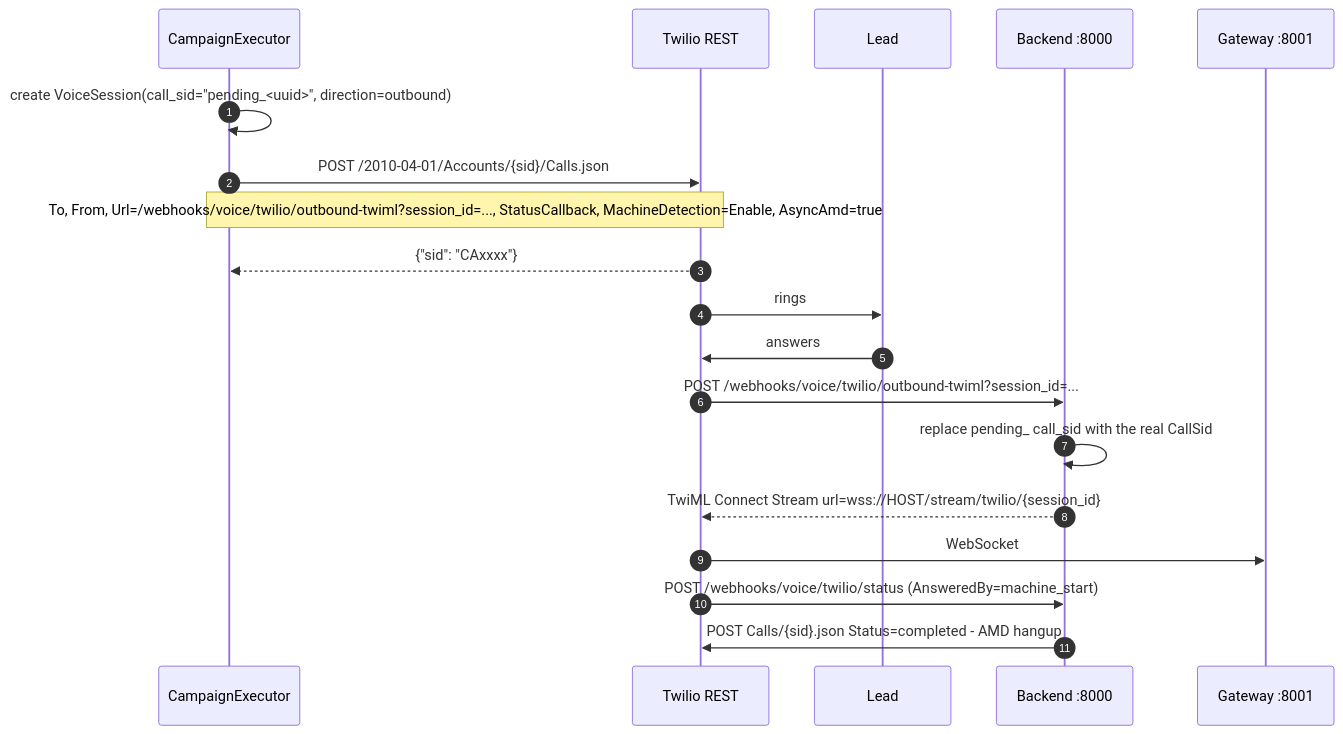
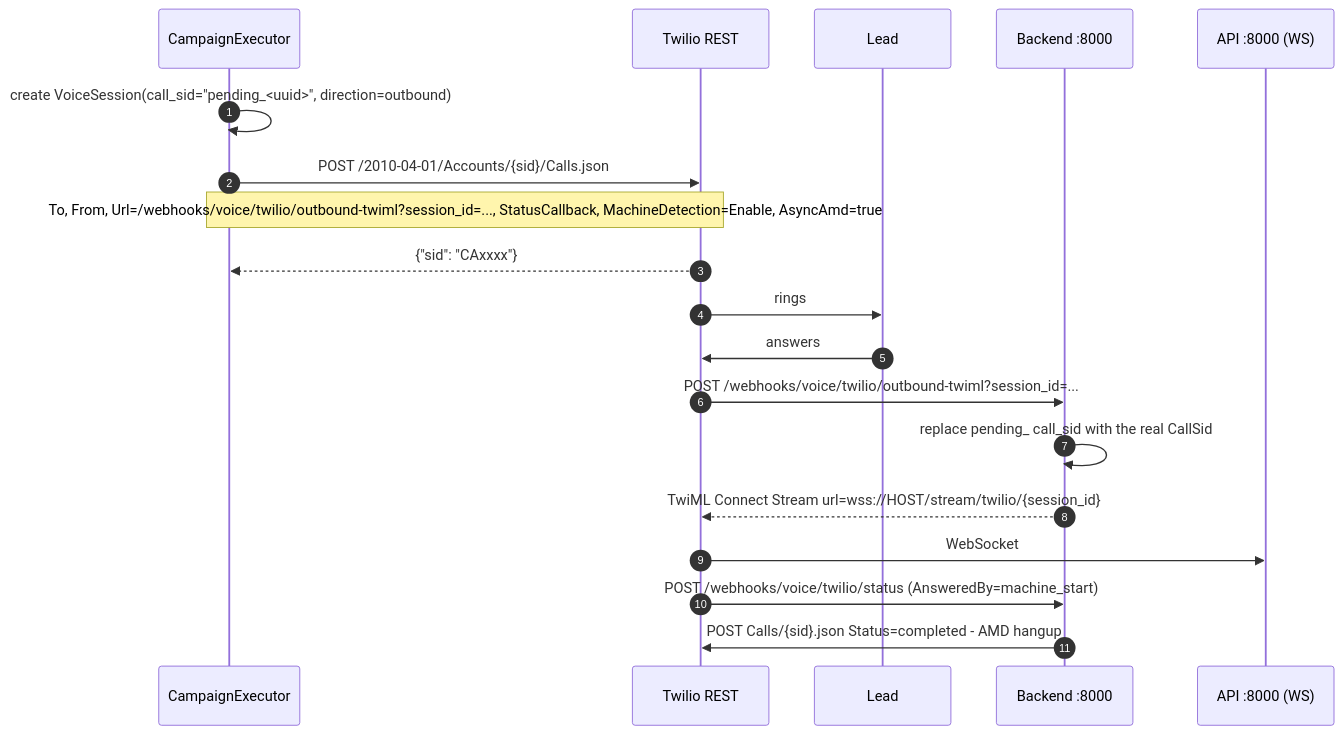
One commit to gondolerahul/hire-buddha-app changed diagram 12 of 33 in docs/current/12-voice-and-telephony.md. Above: the diagram before and after it, drawn with Mermaid. The commit also changed other lines of this file and 61 other files, not shown here.

````diff
--- a/docs/current/12-voice-and-telephony.md
+++ b/docs/current/12-voice-and-telephony.md
@@ -654,22 +649,22 @@
 ```mermaid
 sequenceDiagram
     autonumber
     participant EX as CampaignExecutor
     participant TW as Twilio REST
     participant L as Lead
     participant BE as Backend :8000
-    participant GW as Gateway :8001
+    participant GW as API :8000 (WS)
 
     EX->>EX: create VoiceSession(call_sid="pending_<uuid>", direction=outbound)
     EX->>TW: POST /2010-04-01/Accounts/{sid}/Calls.json
     Note over EX,TW: To, From, Url=/webhooks/voice/twilio/outbound-twiml?session_id=..., StatusCallback, MachineDetection=Enable, AsyncAmd=true
     TW-->>EX: {"sid": "CAxxxx"}
     TW->>L: rings
     L->>TW: answers
     TW->>BE: POST /webhooks/voice/twilio/outbound-twiml?session_id=...
     BE->>BE: replace pending_ call_sid with the real CallSid
     BE-->>TW: TwiML Connect Stream url=wss://HOST/stream/twilio/{session_id}
     TW->>GW: WebSocket
     TW->>BE: POST /webhooks/voice/twilio/status (AnsweredBy=machine_start)
     BE->>TW: POST Calls/{sid}.json Status=completed - AMD hangup
 ```
````
